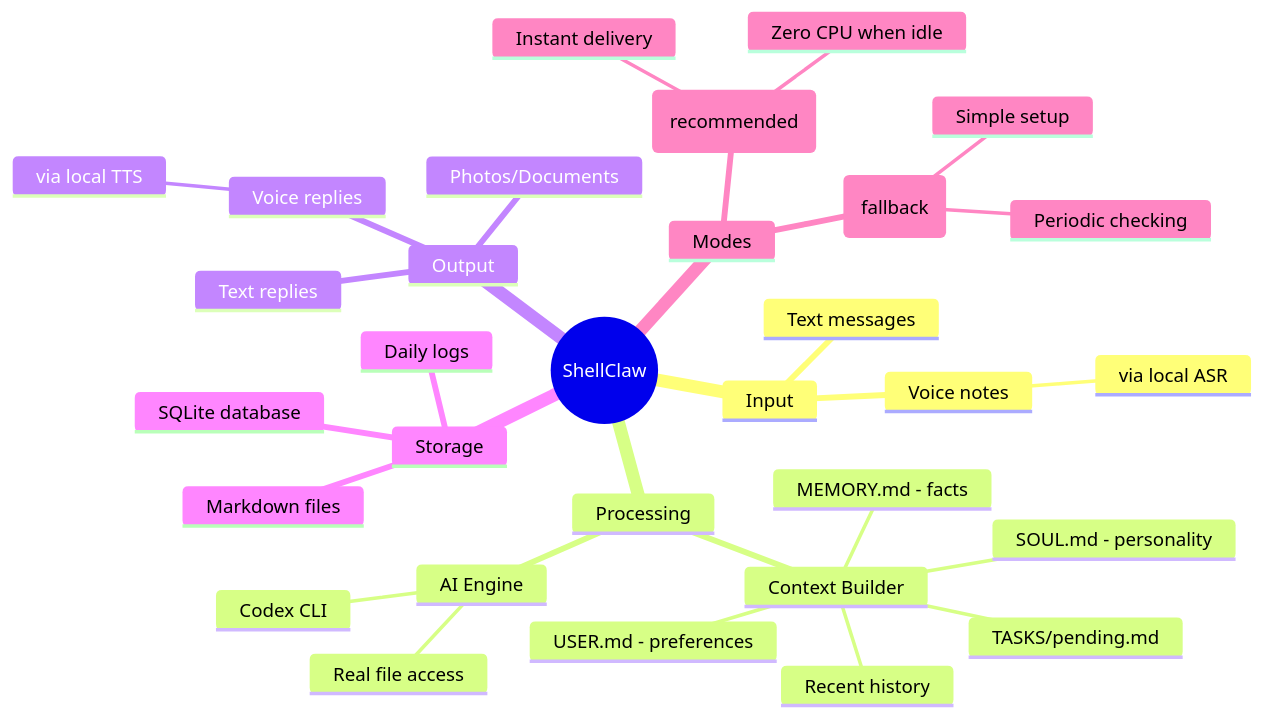
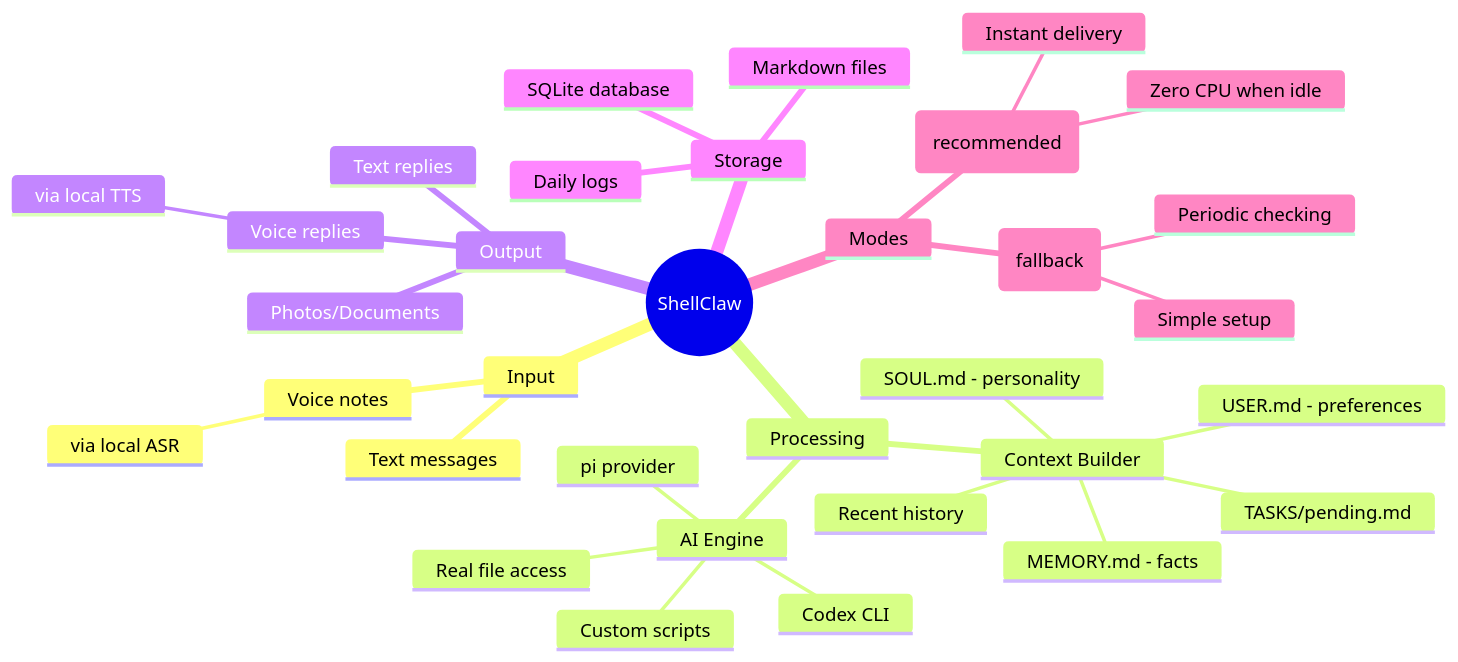
Before and after one commit to lsj5031/ShellClaw: the second of 3 diagrams in README.md, drawn with Mermaid. The commit also changed other lines of this file and 2 other files, not shown here.

First line of the commit message:
feat: add pluggable ASR/TTS scripts and AGENT_PROVIDER=script support

````diff
--- a/README.md
+++ b/README.md
@@ -123,34 +123,36 @@
 ```mermaid
 mindmap
   root((ShellClaw))
     Input
       Text messages
       Voice notes
         via local ASR
     Processing
       Context Builder
         SOUL.md - personality
         USER.md - preferences
         MEMORY.md - facts
         TASKS/pending.md
         Recent history
       AI Engine
         Codex CLI
+        pi provider
+        Custom scripts
         Real file access
     Output
       Text replies
       Voice replies
         via local TTS
       Photos/Documents
     Storage
       SQLite database
       Markdown files
       Daily logs
     Modes
       Webhook (recommended)
         Instant delivery
         Zero CPU when idle
       Polling (fallback)
         Simple setup
         Periodic checking
 ```
````
